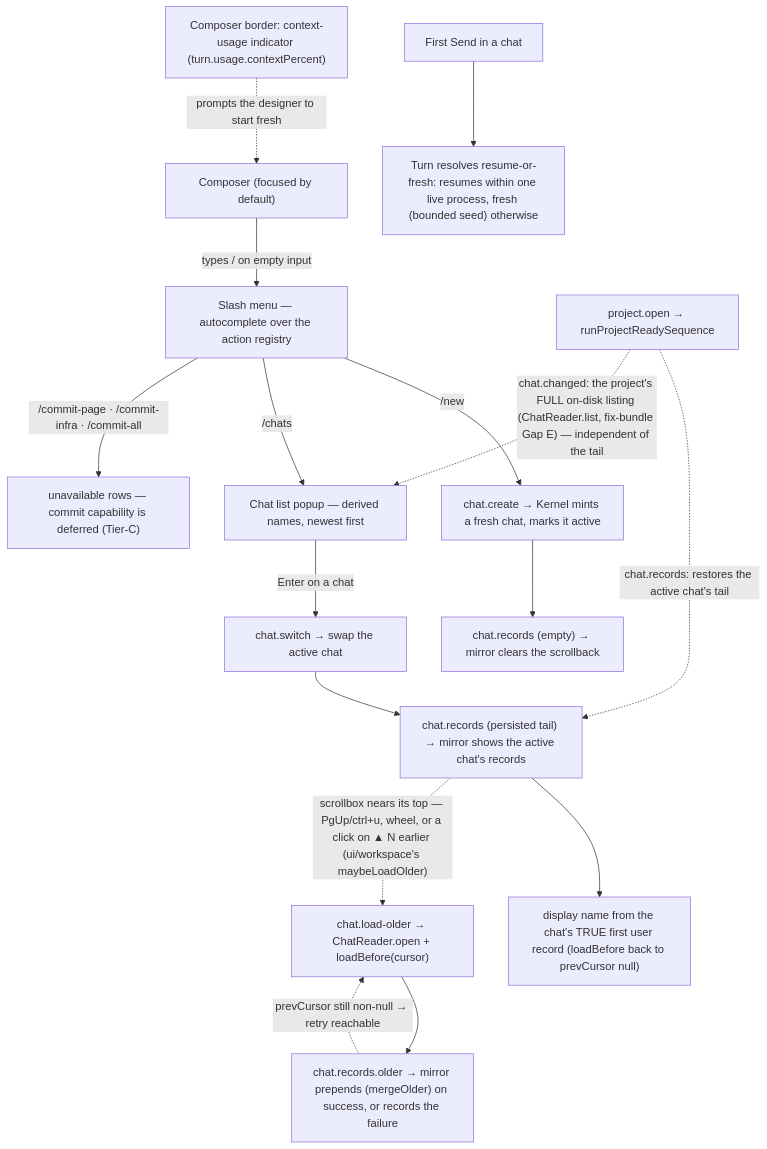
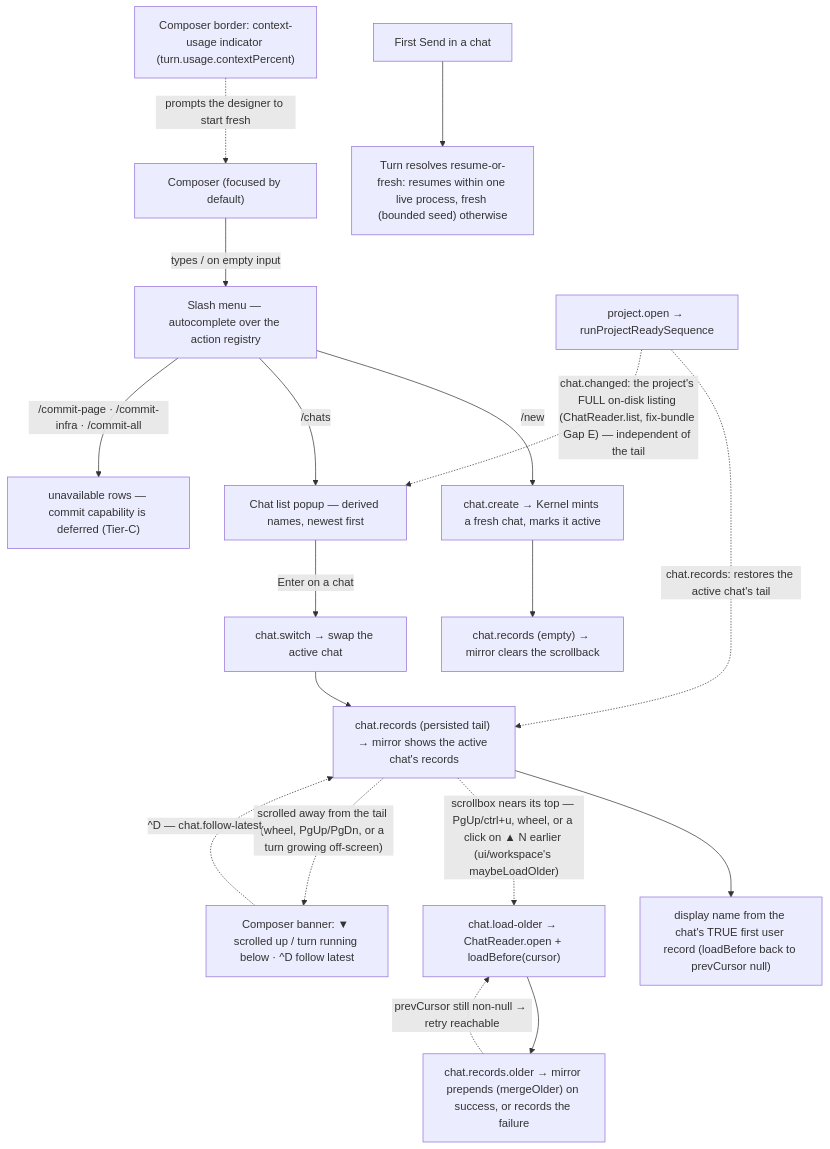
Before and after one commit to khmilevoi/termcraft: the diagram in docs/architecture/flows/chats.md, drawn with Mermaid. The commit also changed other lines of this file and 14 other files, not shown here.

First line of the commit message:
fix(ui): follow-latest banner and post-review chat-scroll fixes

````diff
--- a/docs/architecture/flows/chats.md
+++ b/docs/architecture/flows/chats.md
@@ -3,18 +3,20 @@
 ```mermaid
 flowchart TD
     composer["Composer (focused by default)"] -- "types / on empty input" --> menu["Slash menu — autocomplete over the action registry"]
     menu -- "/new" --> create["chat.create → Kernel mints a fresh chat, marks it active"]
     menu -- "/chats" --> list["Chat list popup — derived names, newest first"]
     menu -- "/commit-page · /commit-infra · /commit-all" --> commit["unavailable rows — commit capability is deferred (Tier-C)"]
     list -- "Enter on a chat" --> switch["chat.switch → swap the active chat"]
     create --> emptytail["chat.records (empty) → mirror clears the scrollback"]
     switch --> tail["chat.records (persisted tail) → mirror shows the active chat's records"]
     tail --> name["display name from the chat's TRUE first user record (loadBefore back to prevCursor null)"]
     tail -. "scrollbox nears its top — PgUp/ctrl+u, wheel, or a click on ▲ N earlier (ui/workspace's maybeLoadOlder)" .-> loadolder["chat.load-older → ChatReader.open + loadBefore(cursor)"]
     loadolder --> older["chat.records.older → mirror prepends (mergeOlder) on success, or records the failure"]
     older -. "prevCursor still non-null → retry reachable" .-> loadolder
+    tail -. "scrolled away from the tail (wheel, PgUp/PgDn, or a turn growing off-screen)" .-> notfollowing["Composer banner: ▼ scrolled up / turn running below · ^D follow latest"]
+    notfollowing -. "^D — chat.follow-latest" .-> tail
     send["First Send in a chat"] --> fresh["Turn resolves resume-or-fresh: resumes within one live process, fresh (bounded seed) otherwise"]
     relaunch["project.open → runProjectReadySequence"] -. "chat.records: restores the active chat's tail" .-> tail
     relaunch -. "chat.changed: the project's FULL on-disk listing (ChatReader.list, fix-bundle Gap E) — independent of the tail" .-> list
     usage["Composer border: context-usage indicator (turn.usage.contextPercent)"] -. "prompts the designer to start fresh" .-> composer
 ```
````
